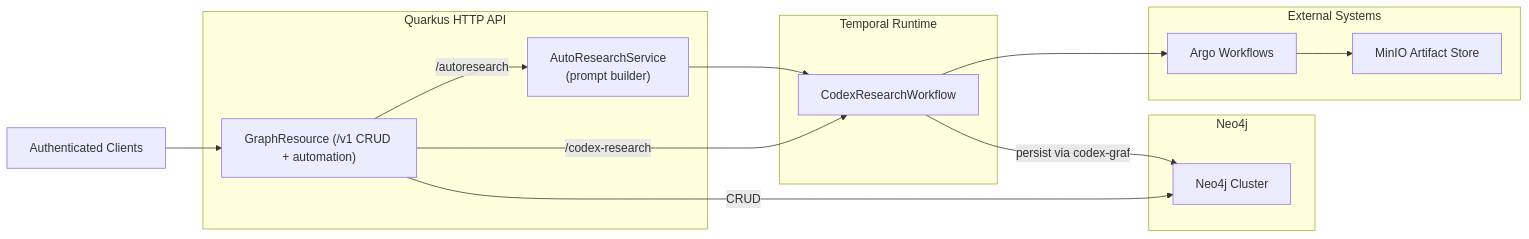
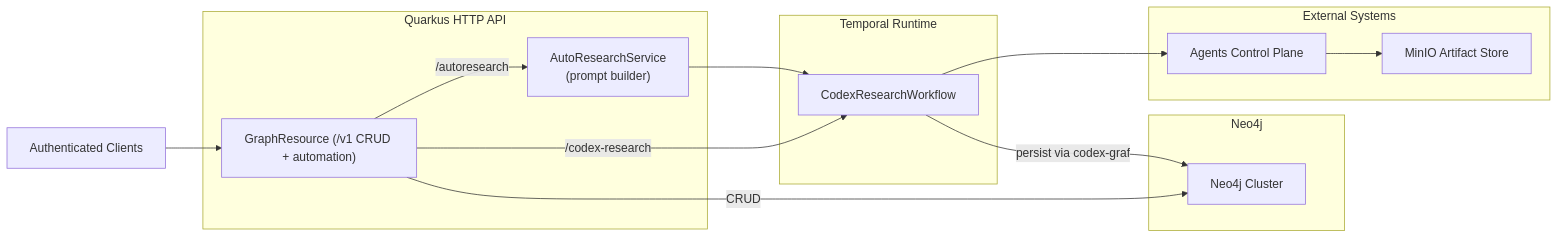
One commit to proompteng/lab changed the first of 2 diagrams in docs/graf-current-state.md. Above: the diagram before and after it, drawn with Mermaid. The commit also changed other lines of this file and 42 other files, not shown here.

````diff
--- a/docs/graf-current-state.md
+++ b/docs/graf-current-state.md
@@ -38,27 +38,27 @@
 ```mermaid
 flowchart LR
     subgraph API["Quarkus HTTP API"]
         Routes["GraphResource (/v1 CRUD + automation)"]
         AutoPrompt["AutoResearchService\n(prompt builder)"]
     end
     subgraph Persistence["Neo4j"]
         Neo4jDB["Neo4j Cluster"]
     end
     subgraph Temporal["Temporal Runtime"]
         CodexWF["CodexResearchWorkflow"]
     end
     subgraph External["External Systems"]
-        Argo["Argo Workflows"]
+        Agents["Agents Control Plane"]
         Minio["MinIO Artifact Store"]
     end
 
     Client["Authenticated Clients"] --> Routes
     Routes -->|CRUD| Neo4jDB
     Routes -->|/codex-research| CodexWF
     Routes -->|/autoresearch| AutoPrompt
     AutoPrompt --> CodexWF
 
-    CodexWF --> Argo
-    Argo --> Minio
+    CodexWF --> Agents
+    Agents --> Minio
     CodexWF -->|persist via codex-graf| Neo4jDB
 ```
````
